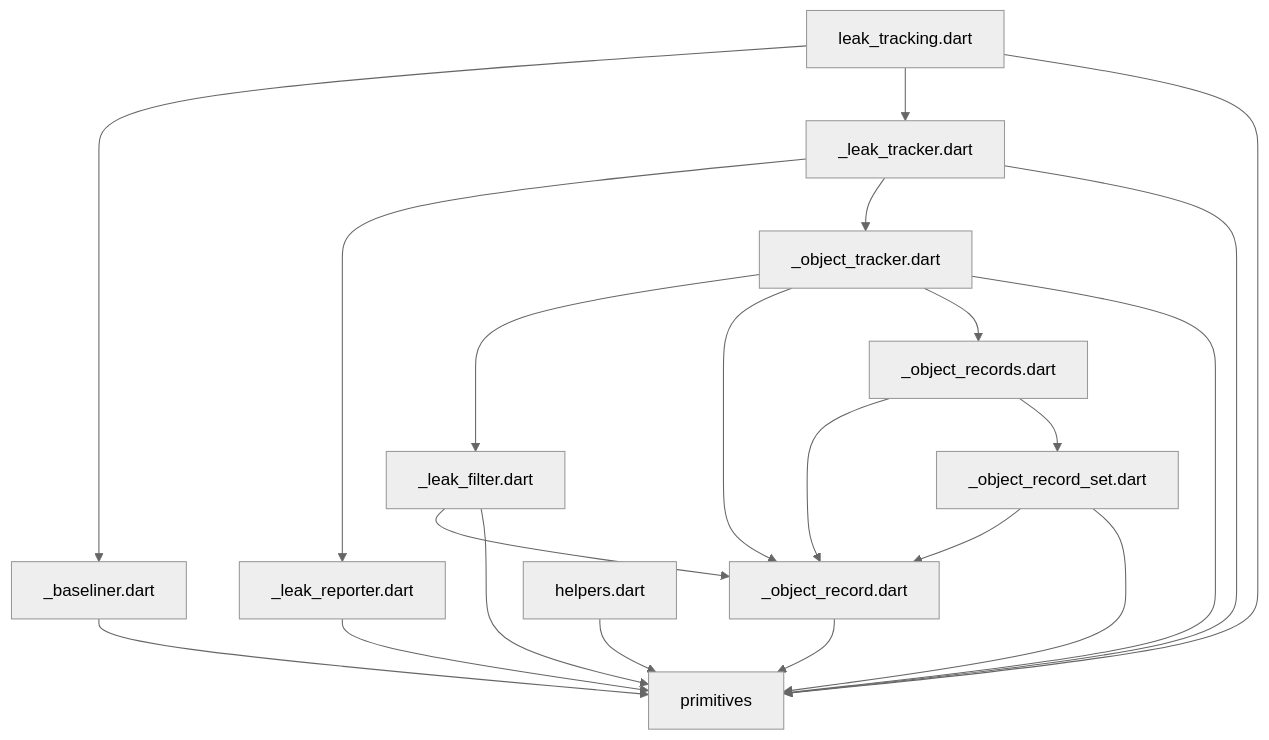
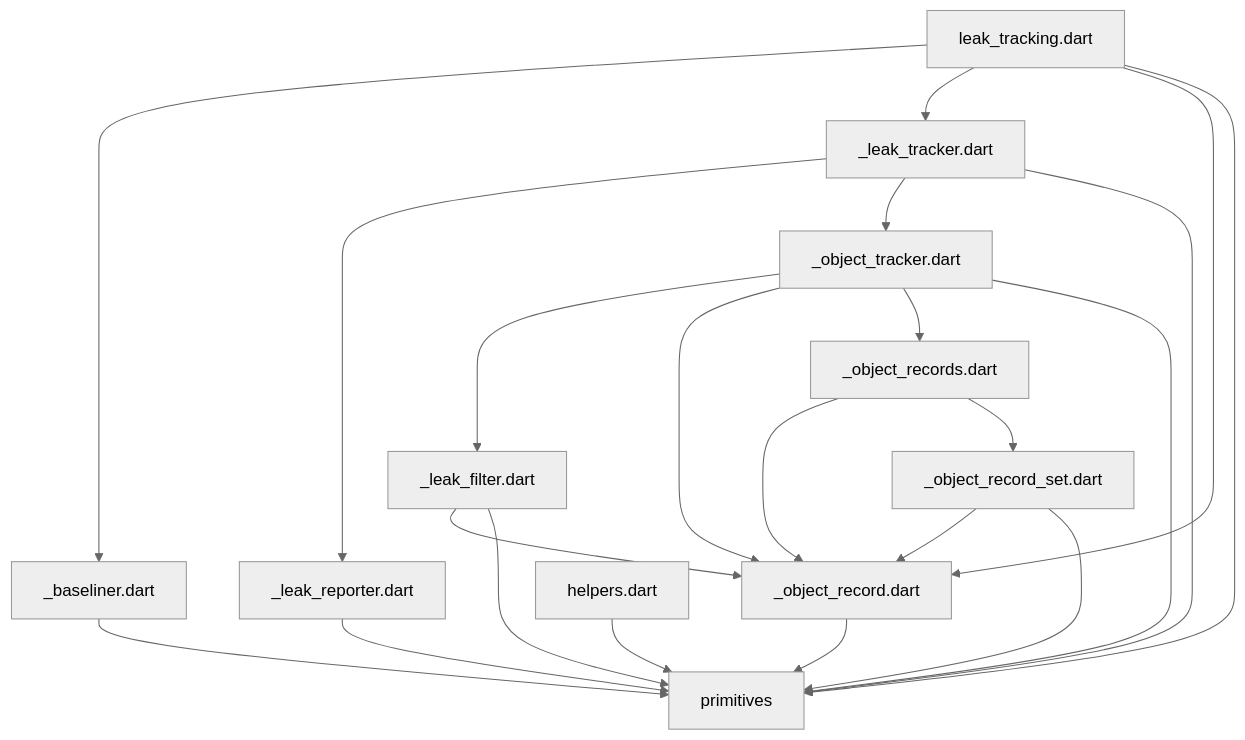
Before and after one commit to dart-lang/leak_tracker: the diagram in pkgs/leak_tracker/lib/src/leak_tracking/DEPENDENCIES.md, drawn with Mermaid (neutral theme). The commit also changed 30 other files, not shown here.

````diff
--- a/pkgs/leak_tracker/lib/src/leak_tracking/DEPENDENCIES.md
+++ b/pkgs/leak_tracker/lib/src/leak_tracking/DEPENDENCIES.md
@@ -6,23 +6,24 @@
 ```mermaid
 flowchart TD;
 _baseliner.dart-->primitives;
 _leak_filter.dart-->_object_record.dart;
 _leak_filter.dart-->primitives;
 _leak_reporter.dart-->primitives;
 _leak_tracker.dart-->_leak_reporter.dart;
 _leak_tracker.dart-->_object_tracker.dart;
 _leak_tracker.dart-->primitives;
 _object_record.dart-->primitives;
 _object_record_set.dart-->_object_record.dart;
 _object_record_set.dart-->primitives;
 _object_records.dart-->_object_record.dart;
 _object_records.dart-->_object_record_set.dart;
 _object_tracker.dart-->_leak_filter.dart;
 _object_tracker.dart-->_object_record.dart;
 _object_tracker.dart-->_object_records.dart;
 _object_tracker.dart-->primitives;
 helpers.dart-->primitives;
 leak_tracking.dart-->_baseliner.dart;
 leak_tracking.dart-->_leak_tracker.dart;
+leak_tracking.dart-->_object_record.dart;
 leak_tracking.dart-->primitives;
 ```
````
